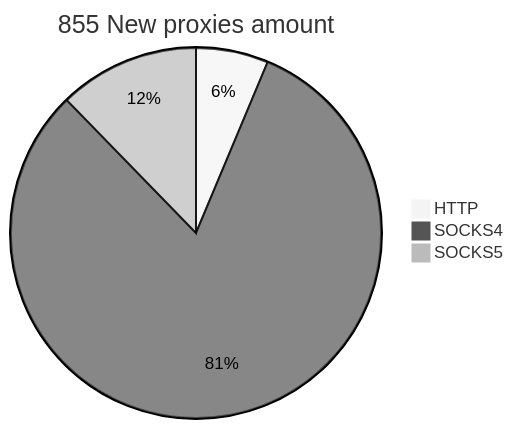
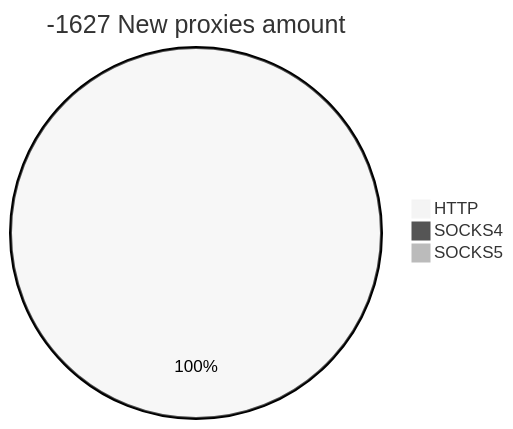
The second of 2 diagrams in README.md (cutipu/proxylist), drawn with Mermaid (neutral theme) before and after one commit. The commit also changed other lines of this file, not shown here.

````diff
--- a/README.md
+++ b/README.md
@@ -10,6 +10,6 @@
 ```mermaid
-pie title 855 New proxies amount
-    "HTTP" : 54
-    "SOCKS4" : 696
-    "SOCKS5" : 105
+pie title -1627 New proxies amount
+    "HTTP" : 2
+    "SOCKS4" : 0
+    "SOCKS5" : 0
 ```
````
